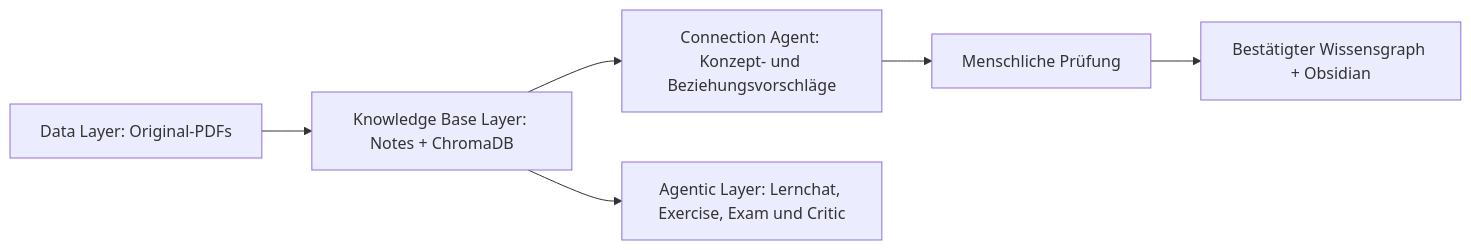
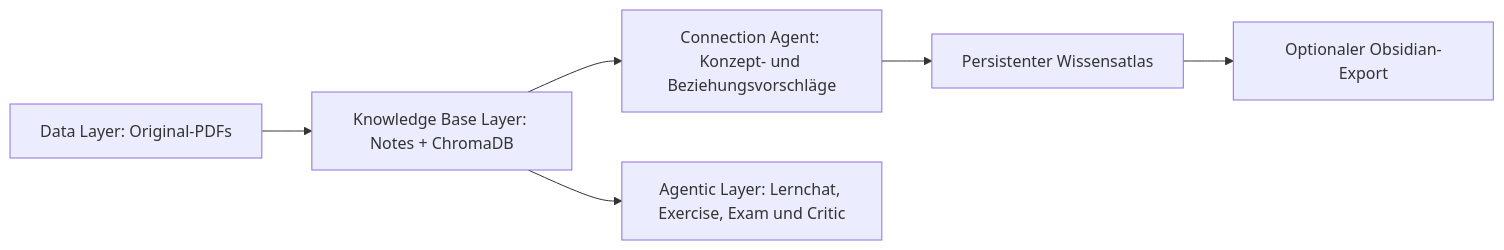
Before and after one commit to LucaSp260/Studienprojekt_Steffen_Rams_Luca_Splittgerber: the diagram in README.md, drawn with Mermaid. The commit also changed other lines of this file and 41 other files, not shown here.

````diff
--- a/README.md
+++ b/README.md
@@ -7,8 +7,8 @@
 ```mermaid
 flowchart LR
     D[Data Layer: Original-PDFs] --> K[Knowledge Base Layer: Notes + ChromaDB]
     K --> C[Connection Agent: Konzept- und Beziehungsvorschläge]
-    C --> H[Menschliche Prüfung]
-    H --> G[Bestätigter Wissensgraph + Obsidian]
+    C --> G[Persistenter Wissensatlas]
+    G --> O[Optionaler Obsidian-Export]
     K --> A[Agentic Layer: Lernchat, Exercise, Exam und Critic]
 ```
````
